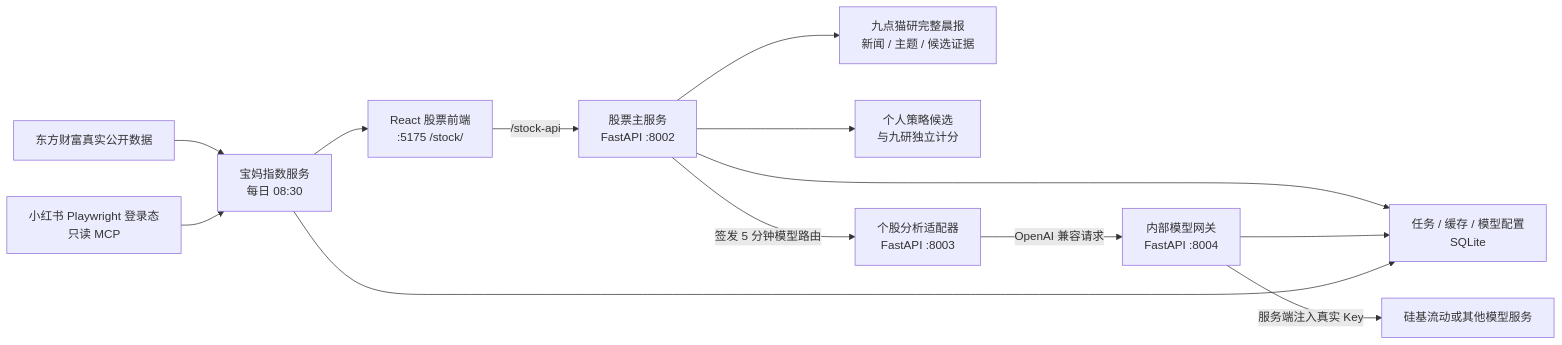
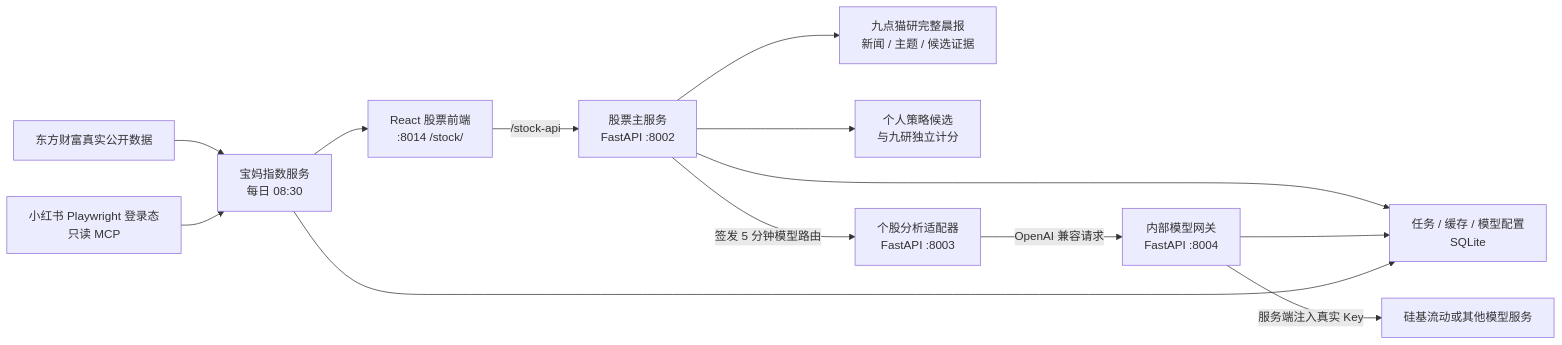
The diagram in stock-research-package/stock-module/README.md (yunxigy/Star-Dominion), drawn with Mermaid before and after one commit. The commit also changed other lines of this file and 42 other files, not shown here.

````diff
--- a/stock-research-package/stock-module/README.md
+++ b/stock-research-package/stock-module/README.md
@@ -31,18 +31,18 @@
 ```mermaid
 flowchart LR
-    UI["React 股票前端<br/>:5175 /stock/"] -->|/stock-api| HUB["股票主服务<br/>FastAPI :8002"]
+    UI["React 股票前端<br/>:8014 /stock/"] -->|/stock-api| HUB["股票主服务<br/>FastAPI :8002"]
 
     HUB --> MORNING["九点猫研完整晨报<br/>新闻 / 主题 / 候选证据"]
     HUB --> CANDIDATES["个人策略候选<br/>与九研独立计分"]
     HUB --> TASKS["任务 / 缓存 / 模型配置<br/>SQLite"]
     HUB -->|签发 5 分钟模型路由| DSA["个股分析适配器<br/>FastAPI :8003"]
 
     DSA -->|OpenAI 兼容请求| GATEWAY["内部模型网关<br/>FastAPI :8004"]
     GATEWAY -->|服务端注入真实 Key| PROVIDER["硅基流动或其他模型服务"]
     GATEWAY --> TASKS
 
     EASTMONEY["东方财富真实公开数据"] --> MOM["宝妈指数服务<br/>每日 08:30"]
     XHS["小红书 Playwright 登录态<br/>只读 MCP"] --> MOM
     MOM --> TASKS
     MOM --> UI
 ```
````
